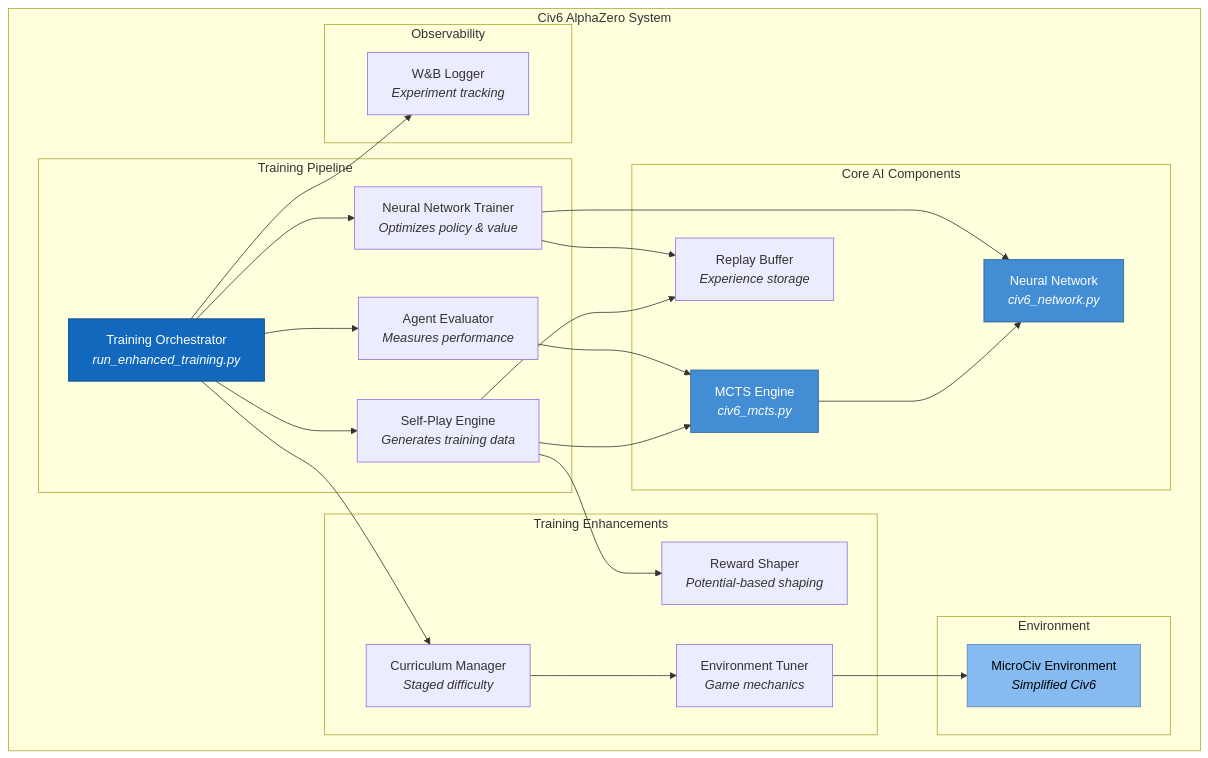
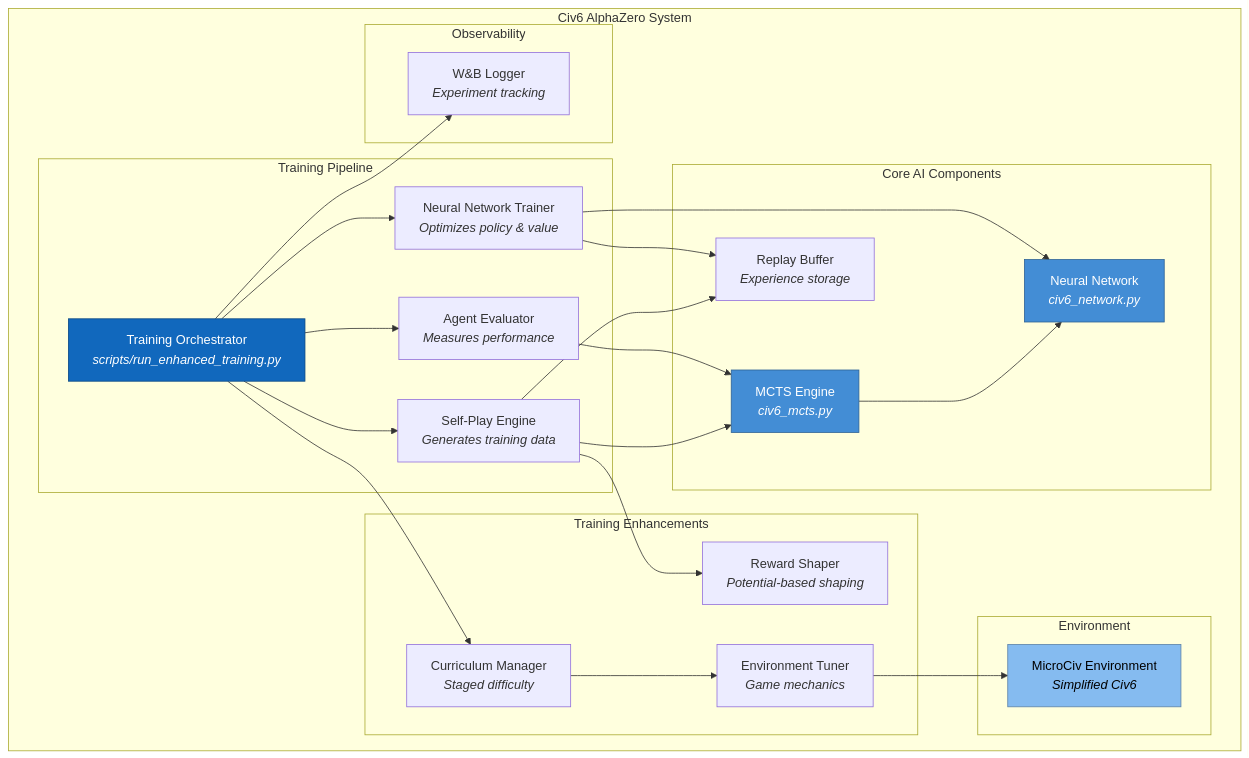
One commit to Mango-Metrics-NLM/Civ6-AlphaZero changed the second of 15 diagrams in README.md. Above: the diagram before and after it, drawn with Mermaid. The commit also changed other lines of this file and 16 other files, not shown here.

````diff
--- a/README.md
+++ b/README.md
@@ -125,54 +125,54 @@
 ```mermaid
 graph TB
     subgraph "Civ6 AlphaZero System"
         subgraph "Training Pipeline"
-            Orchestrator["Training Orchestrator<br/><i>run_enhanced_training.py</i>"]
+            Orchestrator["Training Orchestrator<br/><i>scripts/run_enhanced_training.py</i>"]
             SelfPlay["Self-Play Engine<br/><i>Generates training data</i>"]
             Trainer["Neural Network Trainer<br/><i>Optimizes policy & value</i>"]
             Evaluator["Agent Evaluator<br/><i>Measures performance</i>"]
         end
 
         subgraph "Core AI Components"
             MCTS["MCTS Engine<br/><i>civ6_mcts.py</i>"]
             Network["Neural Network<br/><i>civ6_network.py</i>"]
             Buffer["Replay Buffer<br/><i>Experience storage</i>"]
         end
 
         subgraph "Training Enhancements"
             Curriculum["Curriculum Manager<br/><i>Staged difficulty</i>"]
             Rewards["Reward Shaper<br/><i>Potential-based shaping</i>"]
             EnvTuner["Environment Tuner<br/><i>Game mechanics</i>"]
         end
 
         subgraph "Environment"
             MicroCiv["MicroCiv Environment<br/><i>Simplified Civ6</i>"]
         end
 
         subgraph "Observability"
             WandbLogger["W&B Logger<br/><i>Experiment tracking</i>"]
         end
     end
 
     Orchestrator --> SelfPlay
     Orchestrator --> Trainer
     Orchestrator --> Evaluator
     Orchestrator --> Curriculum
     Orchestrator --> WandbLogger
 
     SelfPlay --> MCTS
     SelfPlay --> Buffer
     SelfPlay --> Rewards
 
     MCTS --> Network
     Trainer --> Network
     Trainer --> Buffer
 
     Evaluator --> MCTS
     Curriculum --> EnvTuner
     EnvTuner --> MicroCiv
 
     style Orchestrator fill:#1168bd,stroke:#0b4884,color:#ffffff
     style Network fill:#438dd5,stroke:#2e6295,color:#ffffff
     style MCTS fill:#438dd5,stroke:#2e6295,color:#ffffff
     style MicroCiv fill:#85bbf0,stroke:#5d82a8,color:#000000
 ```
````
